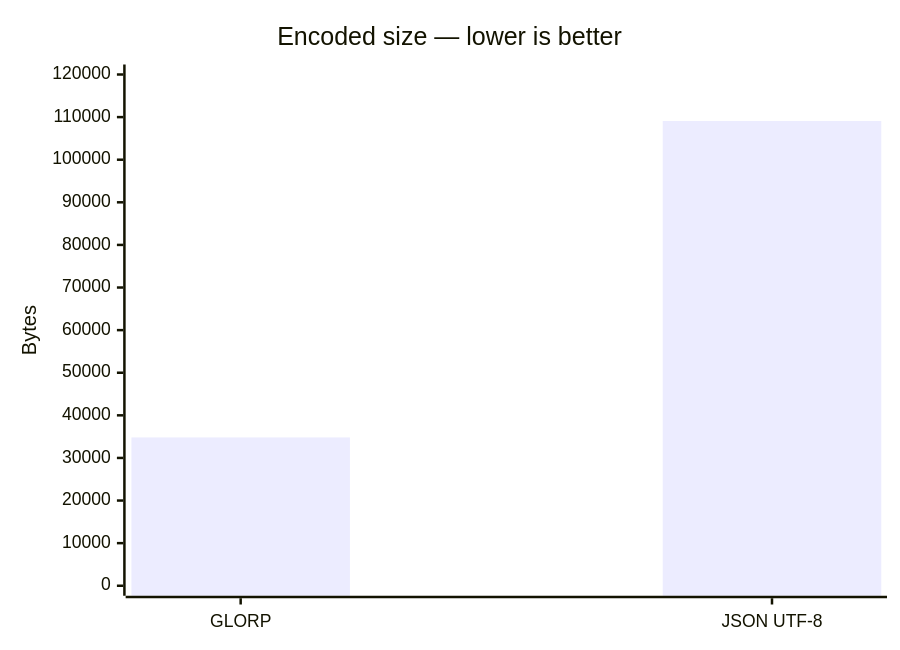
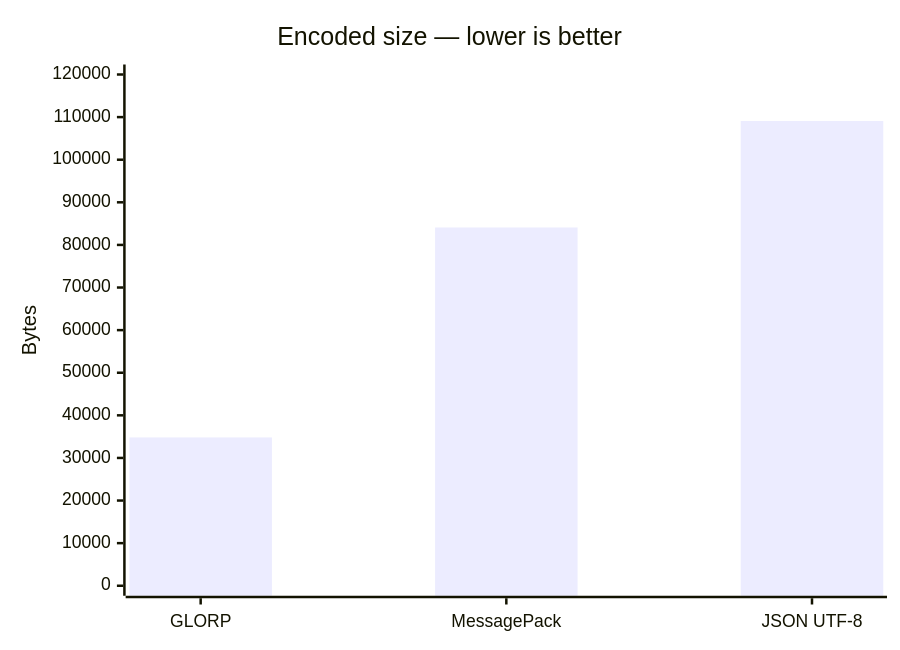
One commit to Ranchonyx/GLORP changed the first of 3 diagrams in README.md. Above: the diagram before and after it, drawn with Mermaid. The commit also changed other lines of this file and 27 other files, not shown here.

````diff
--- a/README.md
+++ b/README.md
@@ -5,7 +13,7 @@
 ```mermaid
 xychart-beta
     title "Encoded size — lower is better"
-    x-axis ["GLORP", "JSON UTF-8"]
+    x-axis ["GLORP", "MessagePack", "JSON UTF-8"]
     y-axis "Bytes" 0 --> 120000
-    bar [34810, 109091]
+    bar [34810, 84093, 109091]
 ```
````
